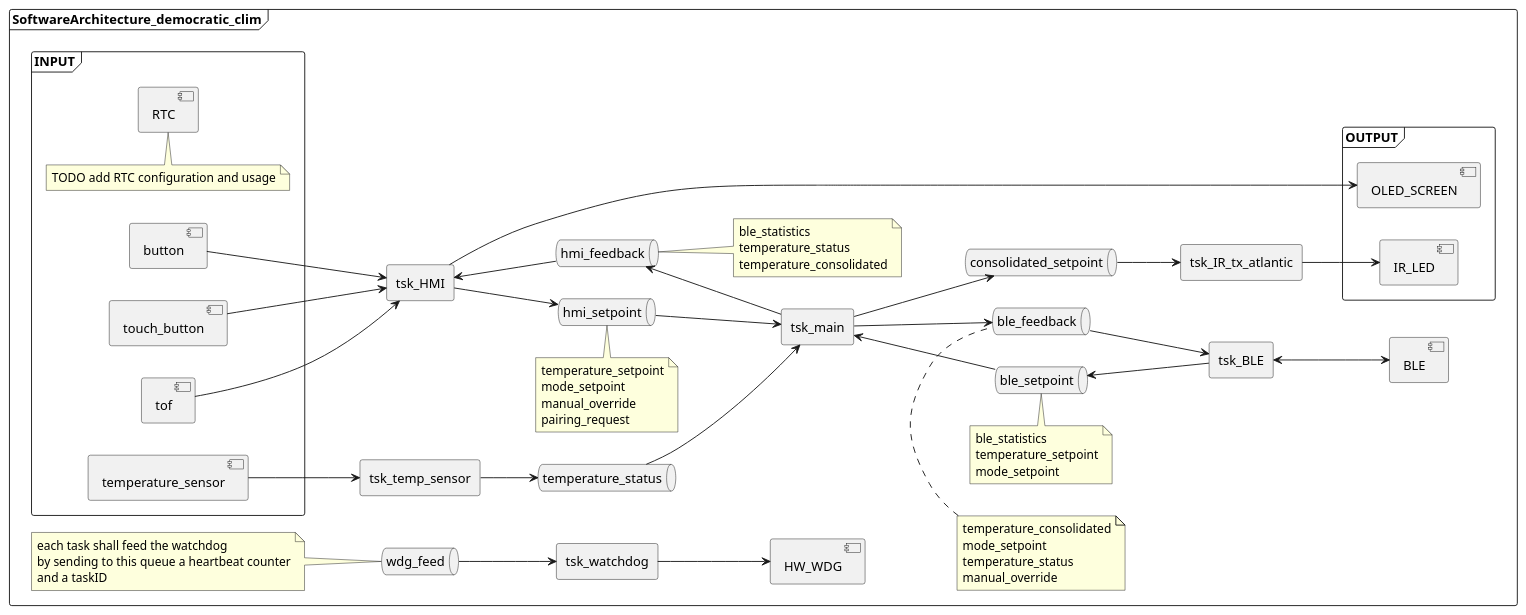
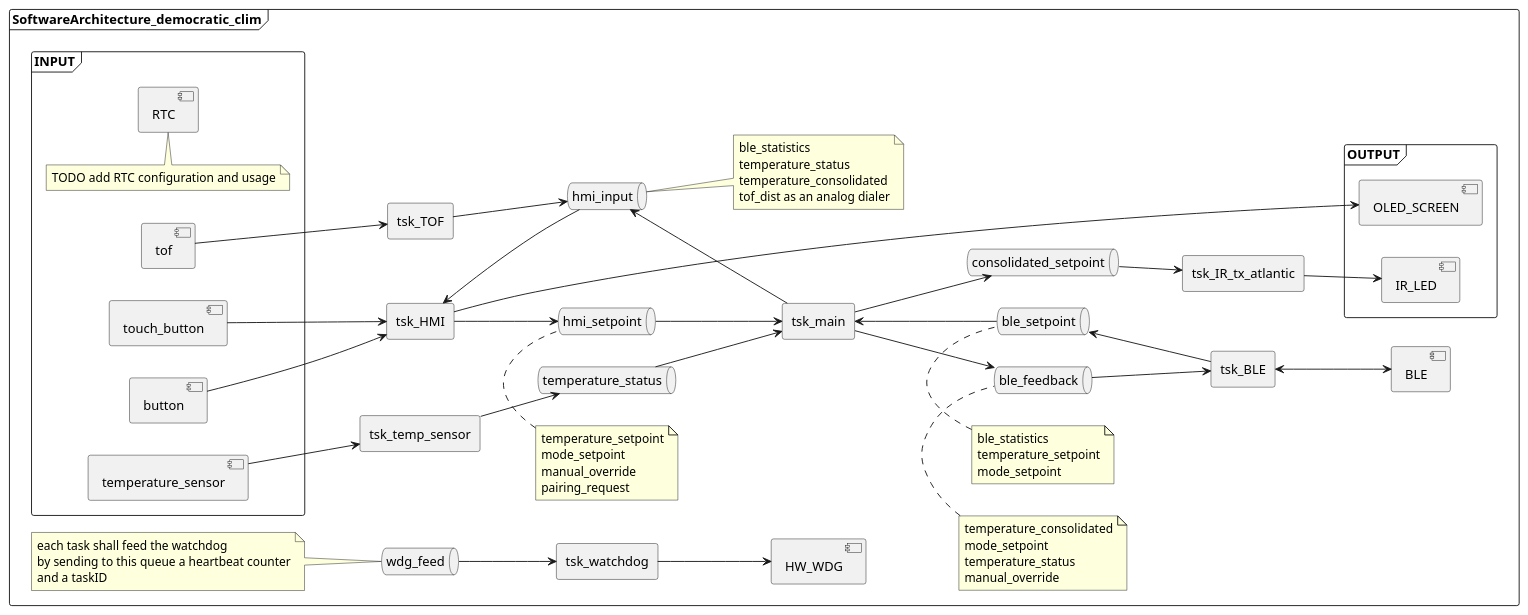
Before and after one commit to tdont/Elektor_Demo_Clim: the diagram in Documentation/Technical_Documentation/Architecture/Global_architecture.puml, drawn with PlantUML. The commit also changed 8 other files, not shown here.

```diff
--- a/Documentation/Technical_Documentation/Architecture/Global_architecture.puml
+++ b/Documentation/Technical_Documentation/Architecture/Global_architecture.puml
@@ -1,105 +1,111 @@
 @startuml
 left to right direction
 
 
 frame SoftwareArchitecture_democratic_clim{
 
 'Declare elements
     frame INPUT{
         component button
         component touch_button
         component tof
         component temperature_sensor        
         component RTC
         note top{
             TODO add RTC configuration and usage
         }
     }
     frame OUTPUT{
         
         component IR_LED
         component OLED_SCREEN
     }
     rectangle tsk_main
+    rectangle tsk_TOF
     rectangle tsk_HMI
     rectangle tsk_IR_tx_atlantic
     rectangle tsk_BLE
     rectangle tsk_temp_sensor
     rectangle tsk_watchdog
 
     component BLE
     component HW_WDG
 
     queue hmi_setpoint
-    queue hmi_feedback
+    queue hmi_input
     queue ble_setpoint
     queue consolidated_setpoint
     queue ble_feedback
     queue wdg_feed
     queue temperature_status
 
     note top of hmi_setpoint{
         temperature_setpoint
         mode_setpoint
         manual_override
         pairing_request
     }
 
-    note right of hmi_feedback{
+    note right of hmi_input{
         ble_statistics
         temperature_status
         temperature_consolidated
+        tof_dist as an analog dialer
     }
 
     note top of ble_feedback{
         temperature_consolidated
         mode_setpoint
         temperature_status
         manual_override
     }
 
     note left of wdg_feed{
         each task shall feed the watchdog
         by sending to this queue a heartbeat counter
         and a taskID
     }
 
     note top of ble_setpoint{
         ble_statistics
         temperature_setpoint
         mode_setpoint
     }
 
 
 'Relation between component
-tof --> tsk_HMI
+
 button --> tsk_HMI
 touch_button --> tsk_HMI
 tsk_HMI --> OLED_SCREEN
 tsk_HMI --> hmi_setpoint
+
+tof --> tsk_TOF
+tsk_TOF --> hmi_input
+
 
 ble_setpoint <-- tsk_BLE 
 
 hmi_setpoint --> tsk_main
 tsk_main <-- ble_setpoint
 
 tsk_main --> ble_feedback
 tsk_main --> consolidated_setpoint
 
 ble_feedback --> tsk_BLE
 tsk_BLE <--> BLE
 
 consolidated_setpoint --> tsk_IR_tx_atlantic
 tsk_IR_tx_atlantic --> IR_LED
 
 temperature_sensor --> tsk_temp_sensor
 tsk_temp_sensor --> temperature_status
 temperature_status --> tsk_main
 
-hmi_feedback <-- tsk_main 
-tsk_HMI <-- hmi_feedback 
+hmi_input <-- tsk_main 
+tsk_HMI <-- hmi_input 
 
 wdg_feed --> tsk_watchdog
 tsk_watchdog --> HW_WDG
 }
 @enduml
```
